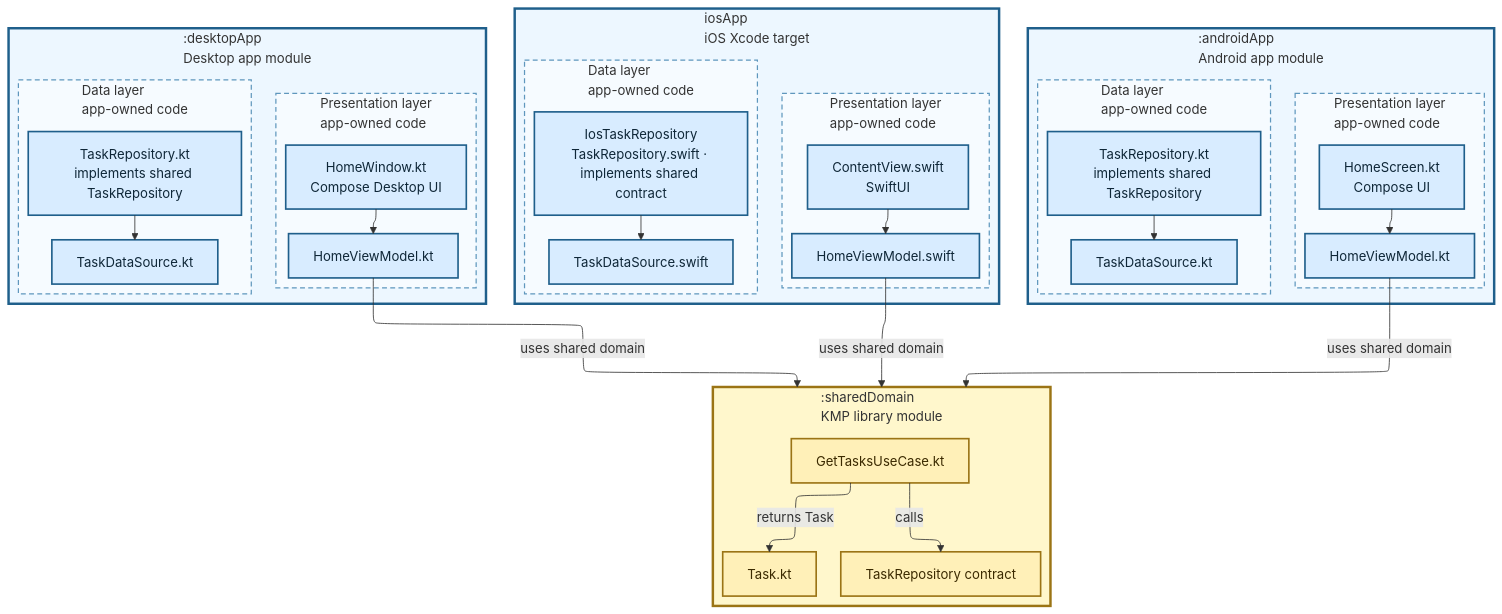
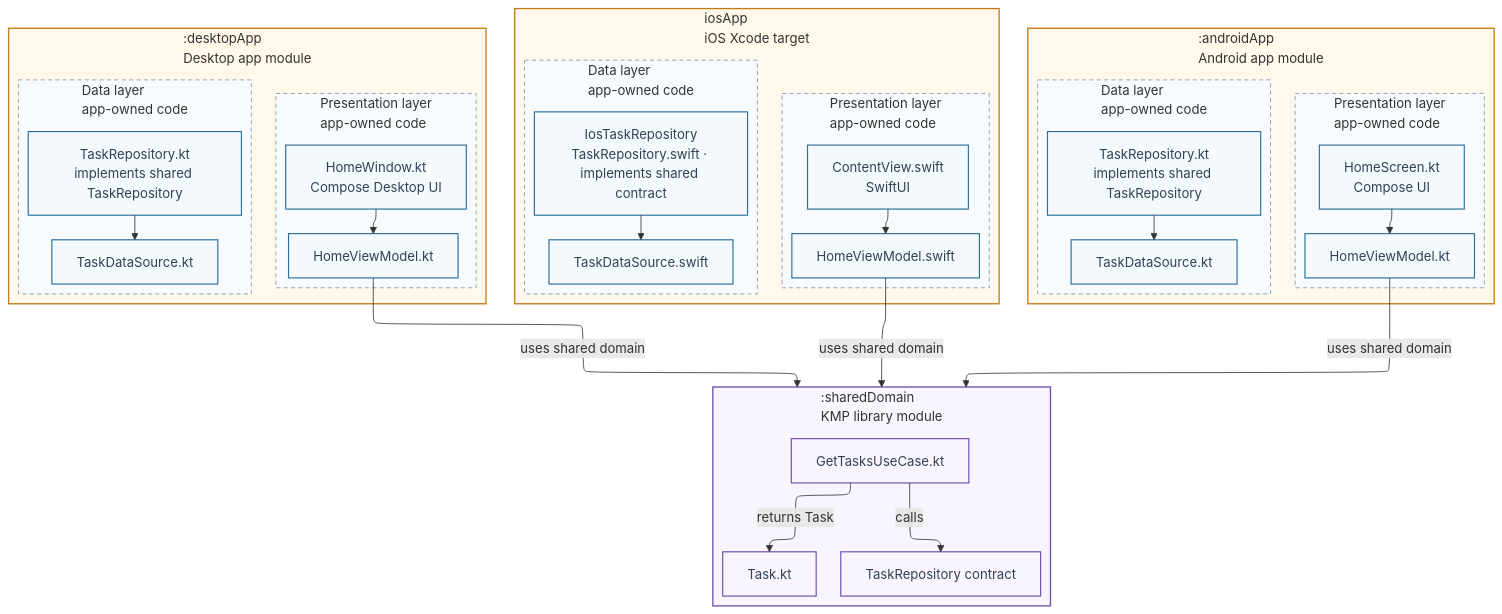
One commit to TheSetox/kmp-sample-diagrams changed the diagram in diagrams/16-three-layer-kmp-domain.md. Above: the diagram before and after it, drawn with Mermaid. The commit also changed 42 other files, not shown here.

Commit message:
Redesign Mermaid architecture diagrams

````diff
--- a/diagrams/16-three-layer-kmp-domain.md
+++ b/diagrams/16-three-layer-kmp-domain.md
@@ -71,18 +71,18 @@
   IVM -->|"uses shared domain"| KMP
   AVM -->|"uses shared domain"| KMP
 
-  classDef app fill:#d8ecff,stroke:#1f5f8b,color:#0f2738,stroke-width:2px;
-  classDef kmp fill:#fff0b8,stroke:#9b7415,color:#3b2a00,stroke-width:2px;
+  classDef app fill:#f3f9fc,stroke:#2b6f9e,color:#334155,stroke-width:1.4px;
+  classDef kmp fill:#f8f5fe,stroke:#6e4bae,color:#334155,stroke-width:1.4px;
   class AUI,AVM,ARepository,ADataSource,IUI,IVM,IRepository,IDataSource,DUI,DVM,DRepository,DDataSource app;
   class UseCase,Entity,RepositoryPort kmp;
-  style Android fill:#edf7ff,stroke:#1f5f8b,stroke-width:3px
-  style IOS fill:#edf7ff,stroke:#1f5f8b,stroke-width:3px
-  style Desktop fill:#edf7ff,stroke:#1f5f8b,stroke-width:3px
-  style APresentation fill:#f6fbff,stroke:#5f97bd,stroke-width:1.5px,stroke-dasharray:6 4
-  style AData fill:#f6fbff,stroke:#5f97bd,stroke-width:1.5px,stroke-dasharray:6 4
-  style IPresentation fill:#f6fbff,stroke:#5f97bd,stroke-width:1.5px,stroke-dasharray:6 4
-  style IData fill:#f6fbff,stroke:#5f97bd,stroke-width:1.5px,stroke-dasharray:6 4
-  style DPresentation fill:#f6fbff,stroke:#5f97bd,stroke-width:1.5px,stroke-dasharray:6 4
-  style DData fill:#f6fbff,stroke:#5f97bd,stroke-width:1.5px,stroke-dasharray:6 4
-  style KMP fill:#fff7cc,stroke:#9b7415,stroke-width:3px
+  style Android fill:#fff8eb,stroke:#c47a12,stroke-width:1.6px
+  style IOS fill:#fff8eb,stroke:#c47a12,stroke-width:1.6px
+  style Desktop fill:#fff8eb,stroke:#c47a12,stroke-width:1.6px
+  style APresentation fill:#f8fbfd,stroke:#8aa7bc,stroke-width:1.2px,stroke-dasharray:5 4
+  style AData fill:#f8fbfd,stroke:#8aa7bc,stroke-width:1.2px,stroke-dasharray:5 4
+  style IPresentation fill:#f8fbfd,stroke:#8aa7bc,stroke-width:1.2px,stroke-dasharray:5 4
+  style IData fill:#f8fbfd,stroke:#8aa7bc,stroke-width:1.2px,stroke-dasharray:5 4
+  style DPresentation fill:#f8fbfd,stroke:#8aa7bc,stroke-width:1.2px,stroke-dasharray:5 4
+  style DData fill:#f8fbfd,stroke:#8aa7bc,stroke-width:1.2px,stroke-dasharray:5 4
+  style KMP fill:#f8f5fe,stroke:#6e4bae,stroke-width:1.6px
 ```
````
